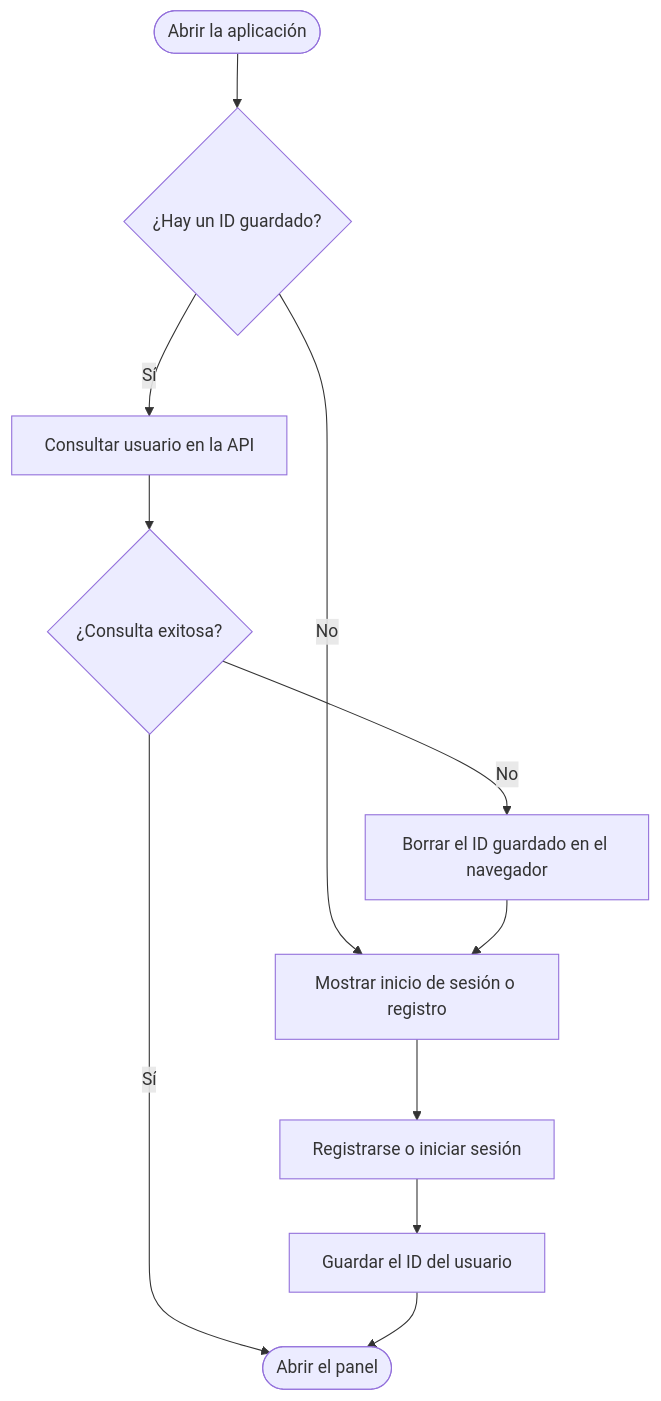
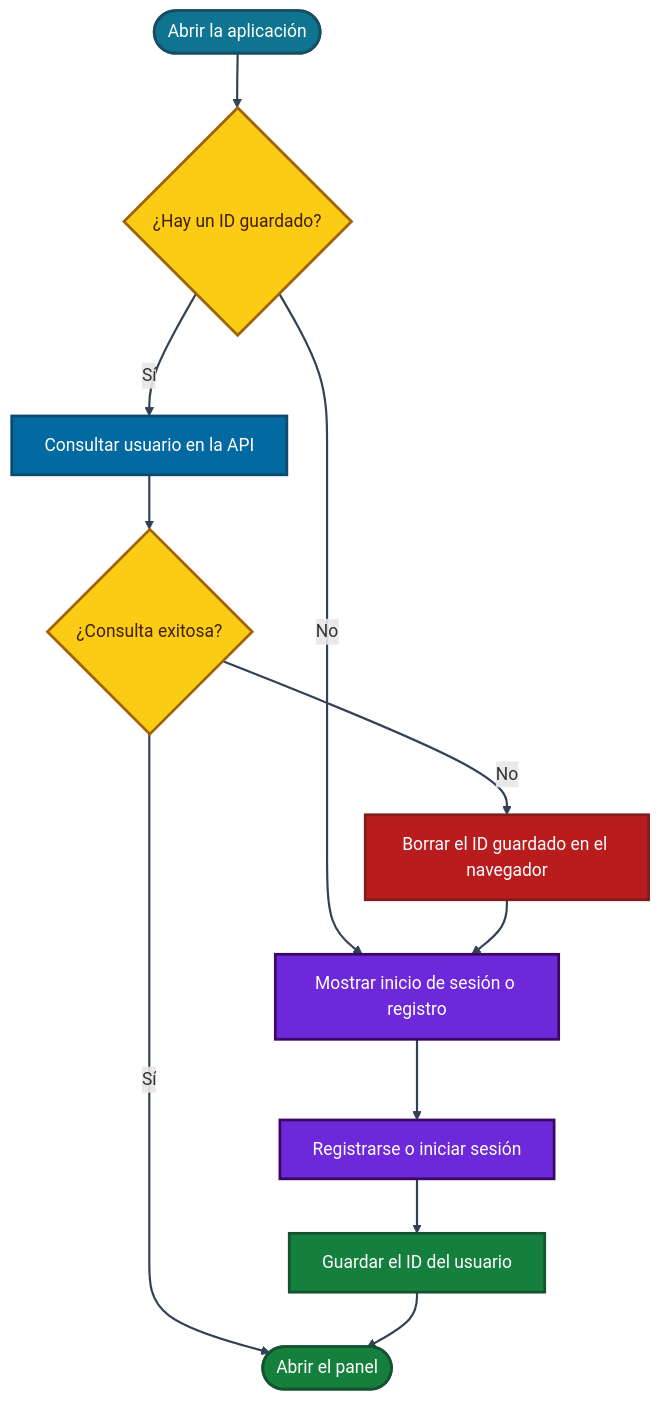
Before and after one commit to DirPipe/AILifeQuest: the second of 3 diagrams in README.md, drawn with Mermaid. The commit also changed other lines of this file, not shown here.

Commit message:
Se mejoraron los colores de los diagramas Mermaid del README principal

````diff
--- a/README.md
+++ b/README.md
@@ -39,13 +49,27 @@
 ```mermaid
 flowchart TD
   A([Abrir la aplicación]) --> B{¿Hay un ID guardado?}
   B -- No --> E[Mostrar inicio de sesión o registro]
   B -- Sí --> C[Consultar usuario en la API]
   C --> D{¿Consulta exitosa?}
   D -- Sí --> F([Abrir el panel])
   D -- No --> G[Borrar el ID guardado en el navegador]
   G --> E
   E --> H[Registrarse o iniciar sesión]
   H --> I[Guardar el ID del usuario]
   I --> F
+
+  classDef start fill:#0E7490,stroke:#164E63,color:#FFFFFF,stroke-width:2.5px
+  classDef decision fill:#FACC15,stroke:#A16207,color:#422006,stroke-width:2.5px
+  classDef api fill:#0369A1,stroke:#0C4A6E,color:#FFFFFF,stroke-width:2.5px
+  classDef access fill:#6D28D9,stroke:#3B0764,color:#FFFFFF,stroke-width:2.5px
+  classDef success fill:#15803D,stroke:#14532D,color:#FFFFFF,stroke-width:2.5px
+  classDef danger fill:#B91C1C,stroke:#7F1D1D,color:#FFFFFF,stroke-width:2.5px
+  class A start
+  class B,D decision
+  class C api
+  class E,H access
+  class F,I success
+  class G danger
+  linkStyle default stroke:#334155,stroke-width:2px
 ```
````
